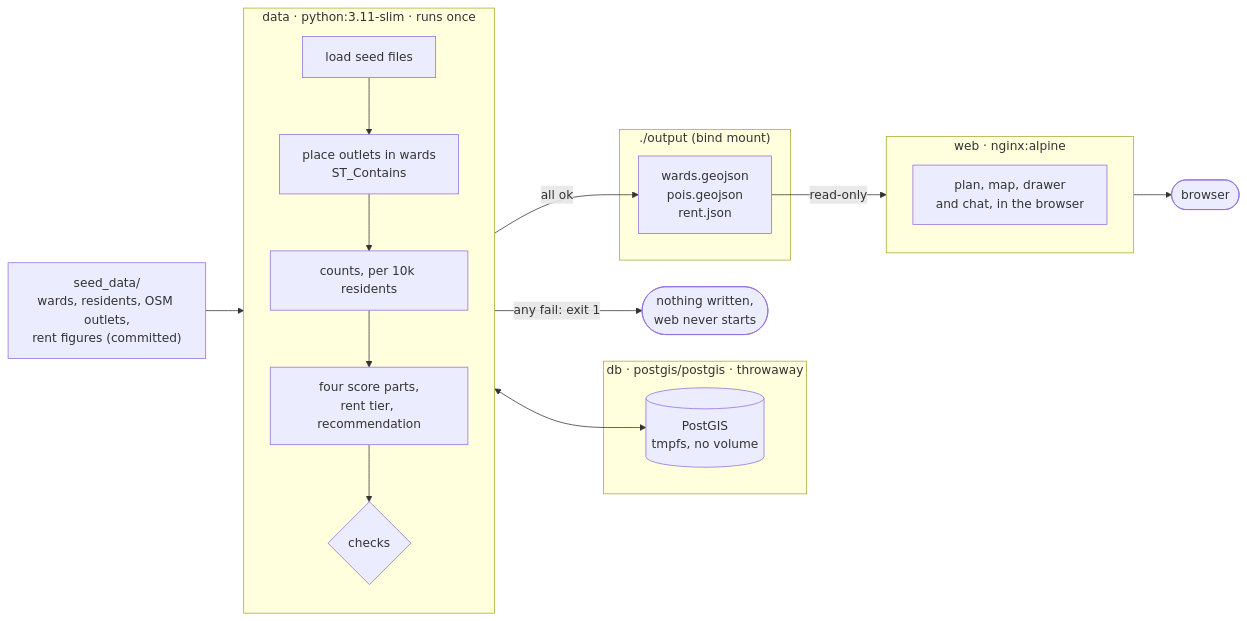
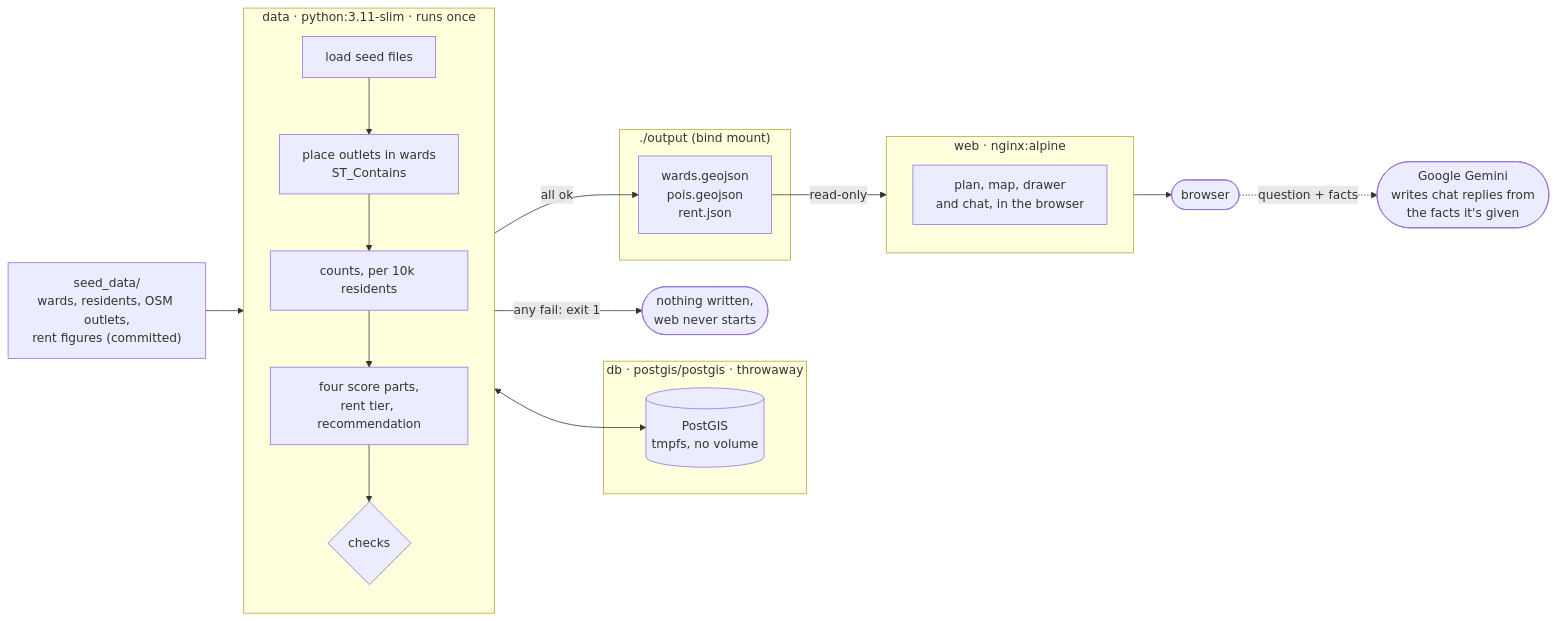
The diagram in docs/ARCHITECTURE.md (33avash/Localio), drawn with Mermaid before and after one commit. The commit also changed other lines of this file and 5 other files, not shown here.

````diff
--- a/docs/ARCHITECTURE.md
+++ b/docs/ARCHITECTURE.md
@@ -5,31 +5,34 @@
 ```mermaid
 flowchart LR
     seed["seed_data/<br/>wards, residents, OSM outlets,<br/>rent figures (committed)"]
 
     subgraph db["db · postgis/postgis · throwaway"]
         pg[("PostGIS<br/>tmpfs, no volume")]
     end
 
     subgraph data["data · python:3.11-slim · runs once"]
         direction TB
         load["load seed files"] --> join["place outlets in wards<br/>ST_Contains"]
         join --> count["counts, per 10k residents"]
         count --> score["four score parts,<br/>rent tier, recommendation"]
         score --> check{"checks"}
     end
 
     subgraph out["./output (bind mount)"]
         files["wards.geojson<br/>pois.geojson<br/>rent.json"]
     end
 
     subgraph web["web · nginx:alpine"]
         site["plan, map, drawer<br/>and chat, in the browser"]
     end
 
+    gemini(["Google Gemini<br/>writes chat replies from<br/>the facts it's given"])
+
     seed --> load
     load <--> pg
     check -- "all ok" --> files
     check -- "any fail: exit 1" --> stop(["nothing written,<br/>web never starts"])
     files -- "read-only" --> web
     web --> browser(["browser"])
+    browser -. "question + facts" .-> gemini
 ```
````
